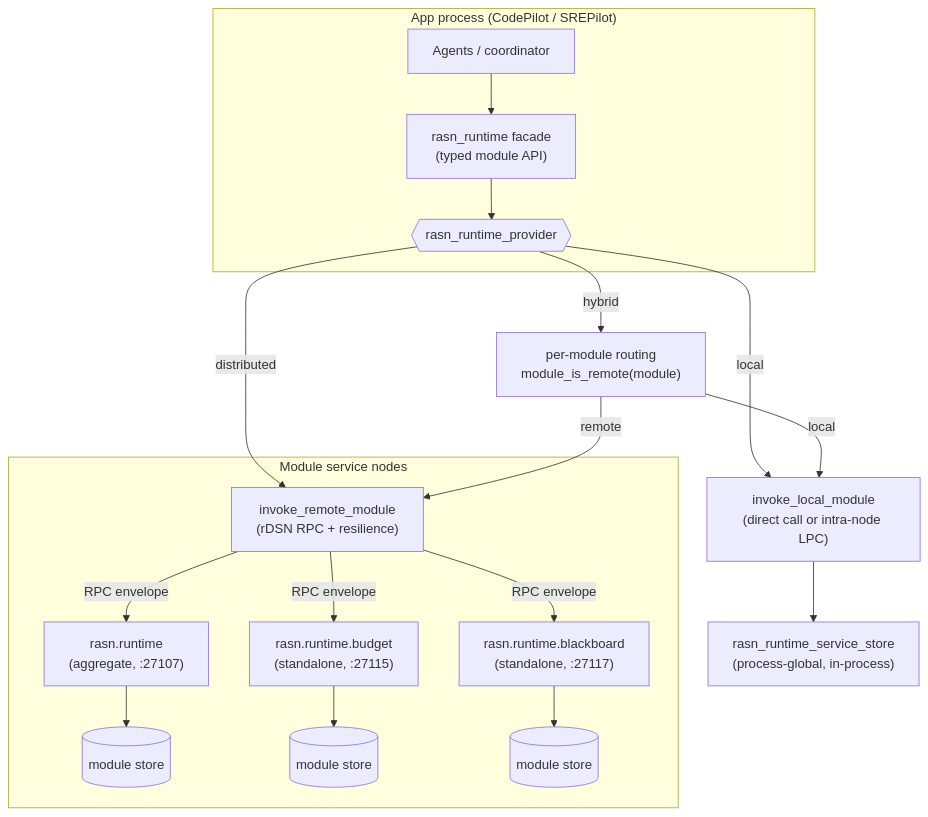
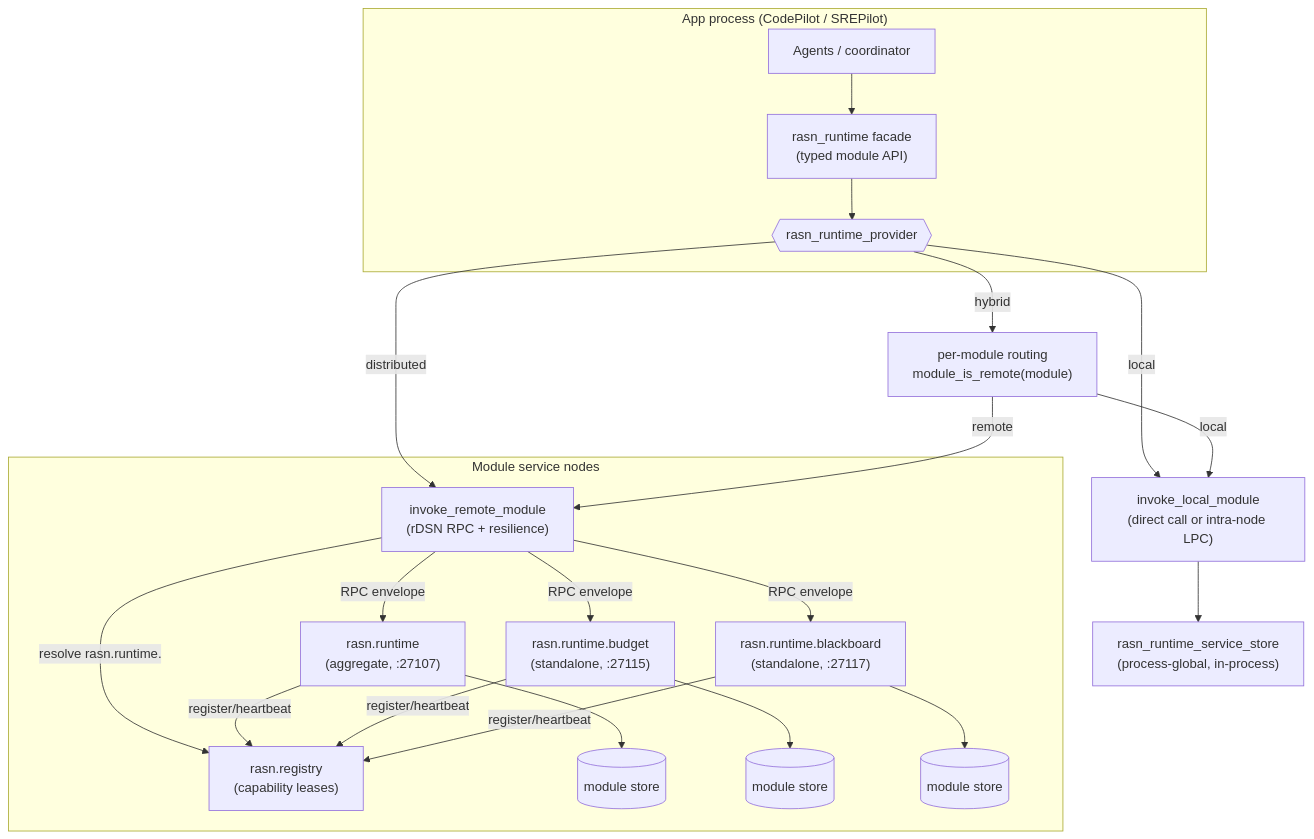
Before and after one commit to linmajia/rDSN: the first of 2 diagrams in src/plugins/rasn/docs/DISTRIBUTED_RUNTIME.md, drawn with Mermaid. The commit also changed other lines of this file and 26 other files, not shown here.

````diff
--- a/src/plugins/rasn/docs/DISTRIBUTED_RUNTIME.md
+++ b/src/plugins/rasn/docs/DISTRIBUTED_RUNTIME.md
@@ -51,24 +51,29 @@
 ```mermaid
 flowchart TD
     subgraph App["App process (CodePilot / SREPilot)"]
         A[Agents / coordinator] --> F["rasn_runtime facade<br/>(typed module API)"]
         F --> P{{rasn_runtime_provider}}
     end
 
     P -- local --> L["invoke_local_module<br/>(direct call or intra-node LPC)"]
     P -- distributed --> R["invoke_remote_module<br/>(rDSN RPC + resilience)"]
     P -- hybrid --> H["per-module routing<br/>module_is_remote(module)"]
     H -- local --> L
     H -- remote --> R
 
     L --> S["rasn_runtime_service_store<br/>(process-global, in-process)"]
 
     subgraph Cluster["Module service nodes"]
+        REG["rasn.registry<br/>(capability leases)"]
+        R -->|resolve rasn.runtime.<module>| REG
         R -->|RPC envelope| SVC1["rasn.runtime<br/>(aggregate, :27107)"]
         R -->|RPC envelope| SVC2["rasn.runtime.budget<br/>(standalone, :27115)"]
         R -->|RPC envelope| SVCn["rasn.runtime.blackboard<br/>(standalone, :27117)"]
+        SVC1 -->|register/heartbeat| REG
+        SVC2 -->|register/heartbeat| REG
+        SVCn -->|register/heartbeat| REG
         SVC1 --> STORE1[(module store)]
         SVC2 --> STORE2[(module store)]
         SVCn --> STOREn[(module store)]
     end
 ```
````
